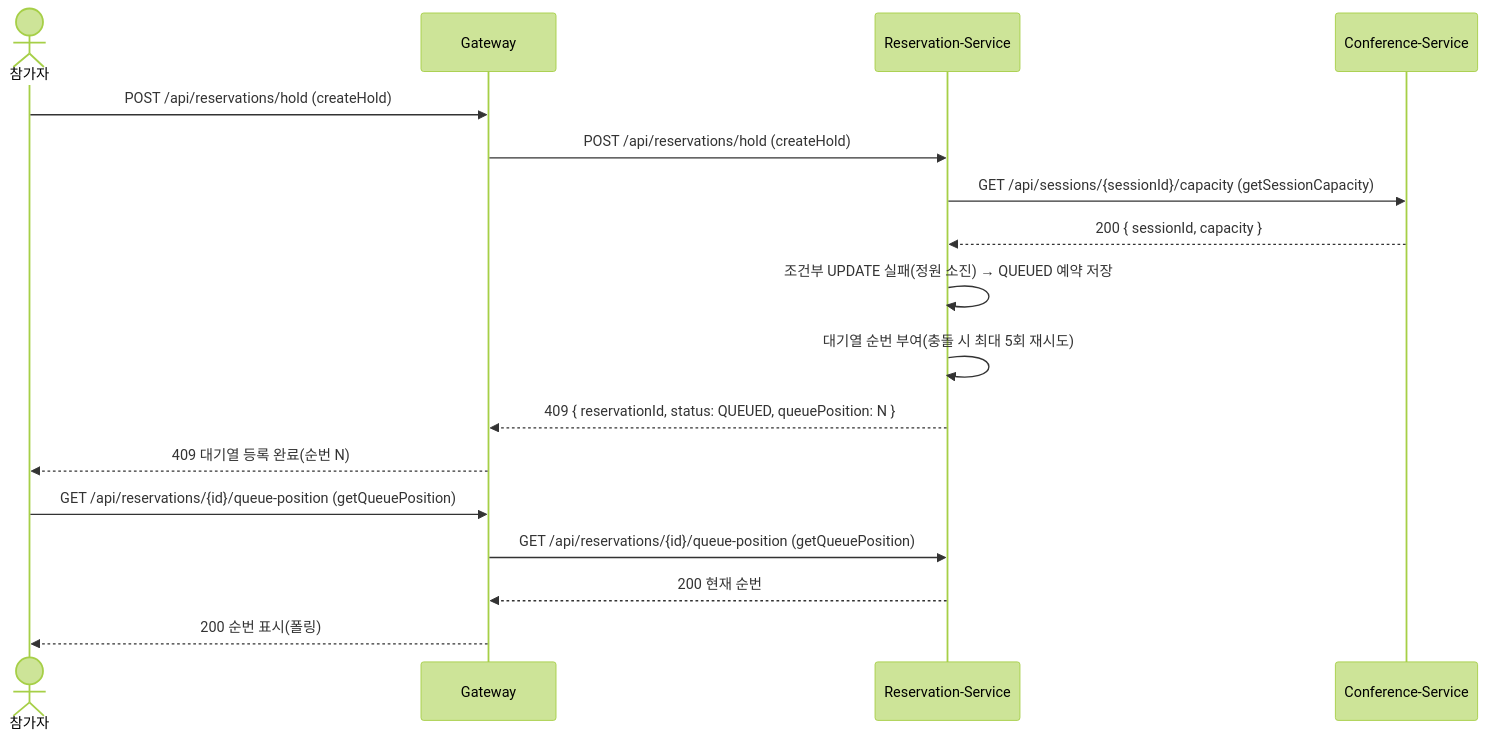
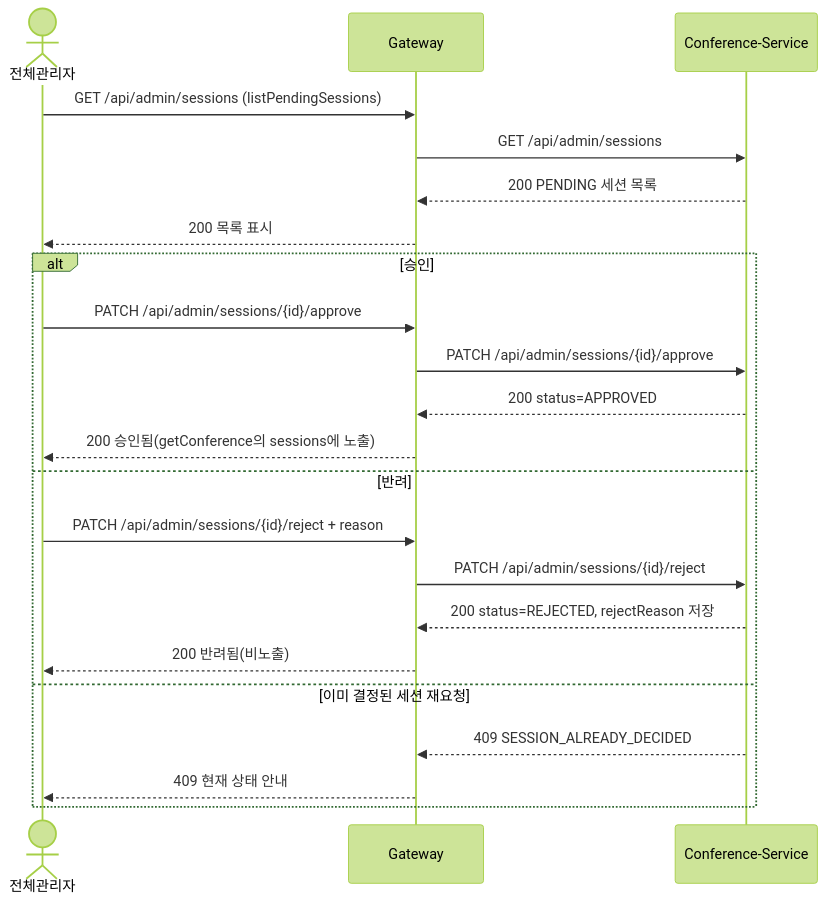
Diagram 16 of 30 in docs/시퀀스.md (likelion-backend-24th/Final-Project-Team3), drawn with Mermaid (forest theme) before and after one commit. The commit also changed other lines of this file and 4 other files, not shown here.

````diff
--- a/docs/시퀀스.md
+++ b/docs/시퀀스.md
@@ -262,19 +452,24 @@
 ```mermaid
 sequenceDiagram
-    actor P as 참가자
+    actor SA as 전체관리자
     participant G as Gateway
-    participant RS as Reservation-Service
     participant CS as Conference-Service
-    P->>G: POST /api/reservations/hold (createHold)
-    G->>RS: POST /api/reservations/hold (createHold)
-    RS->>CS: GET /api/sessions/{sessionId}/capacity (getSessionCapacity)
-    CS-->>RS: 200 { sessionId, capacity }
-    RS->>RS: 조건부 UPDATE 실패(정원 소진) → QUEUED 예약 저장
-    RS->>RS: 대기열 순번 부여(충돌 시 최대 5회 재시도)
-    RS-->>G: 409 { reservationId, status: QUEUED, queuePosition: N }
-    G-->>P: 409 대기열 등록 완료(순번 N)
-    P->>G: GET /api/reservations/{id}/queue-position (getQueuePosition)
-    G->>RS: GET /api/reservations/{id}/queue-position (getQueuePosition)
-    RS-->>G: 200 현재 순번
-    G-->>P: 200 순번 표시(폴링)
+    SA->>G: GET /api/admin/sessions (listPendingSessions)
+    G->>CS: GET /api/admin/sessions
+    CS-->>G: 200 PENDING 세션 목록
+    G-->>SA: 200 목록 표시
+    alt 승인
+        SA->>G: PATCH /api/admin/sessions/{id}/approve
+        G->>CS: PATCH /api/admin/sessions/{id}/approve
+        CS-->>G: 200 status=APPROVED
+        G-->>SA: 200 승인됨(getConference의 sessions에 노출)
+    else 반려
+        SA->>G: PATCH /api/admin/sessions/{id}/reject + reason
+        G->>CS: PATCH /api/admin/sessions/{id}/reject
+        CS-->>G: 200 status=REJECTED, rejectReason 저장
+        G-->>SA: 200 반려됨(비노출)
+    else 이미 결정된 세션 재요청
+        CS-->>G: 409 SESSION_ALREADY_DECIDED
+        G-->>SA: 409 현재 상태 안내
+    end
 ```
````
